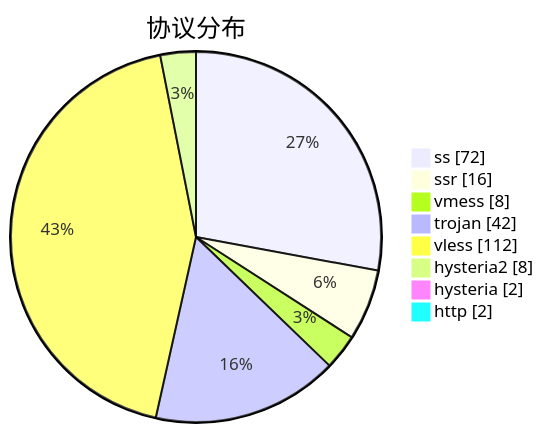
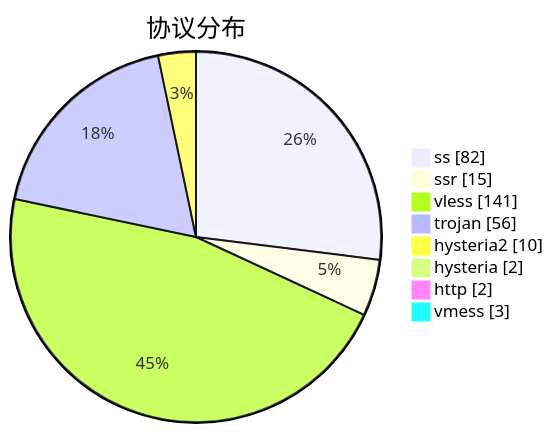
Before and after one commit to sinspired/airport: the third of 3 diagrams in subs/statistics/tested_within.md, drawn with Mermaid. The commit also changed other lines of this file and 2 other files, not shown here.

````diff
--- a/subs/statistics/tested_within.md
+++ b/subs/statistics/tested_within.md
@@ -57,12 +54,12 @@
 ```mermaid
 pie showData
 title 协议分布
-"ss" : 72
-"ssr" : 16
-"vmess" : 8
-"trojan" : 42
-"vless" : 112
-"hysteria2" : 8
+"ss" : 82
+"ssr" : 15
+"vless" : 141
+"trojan" : 56
+"hysteria2" : 10
 "hysteria" : 2
 "http" : 2
+"vmess" : 3
 ```
````
